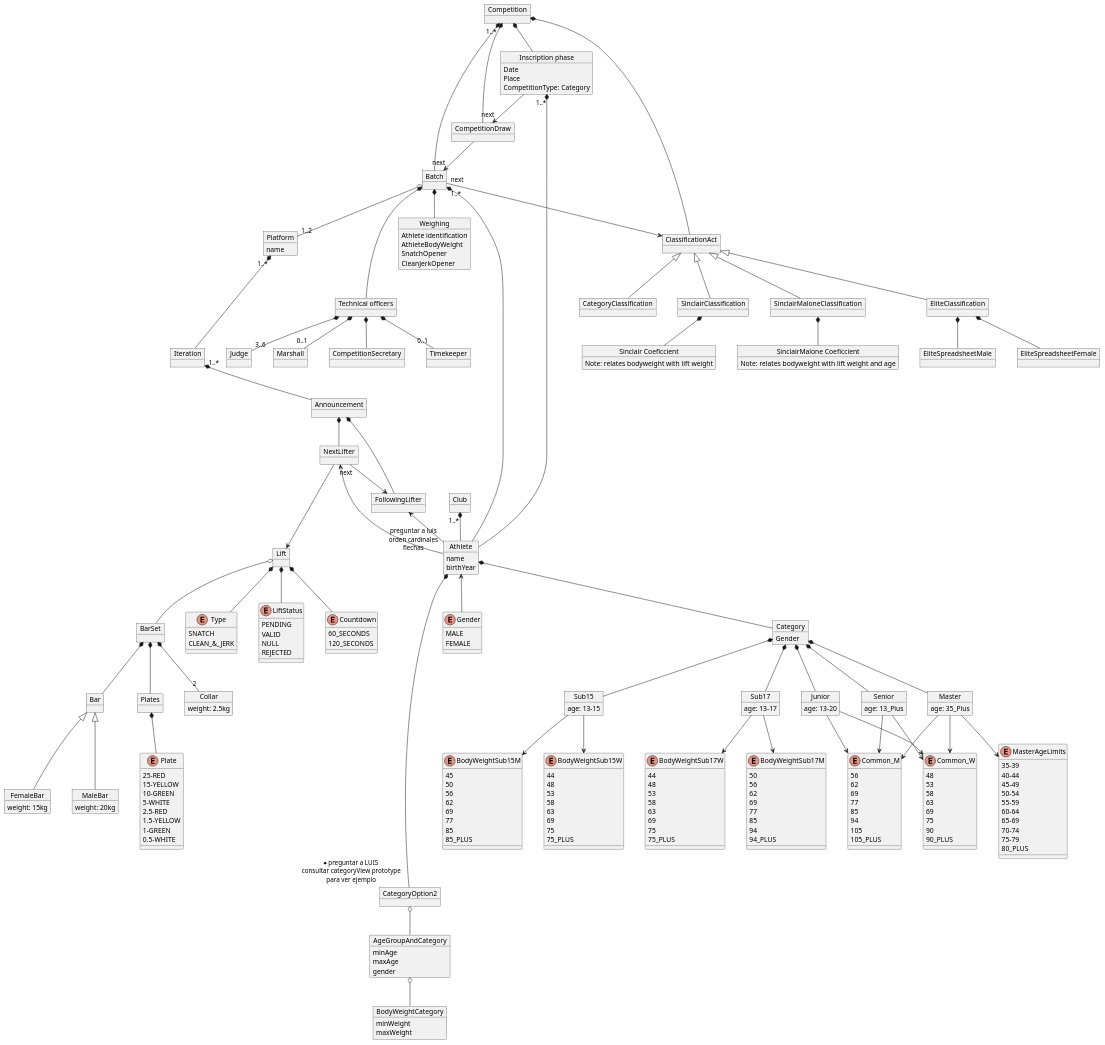
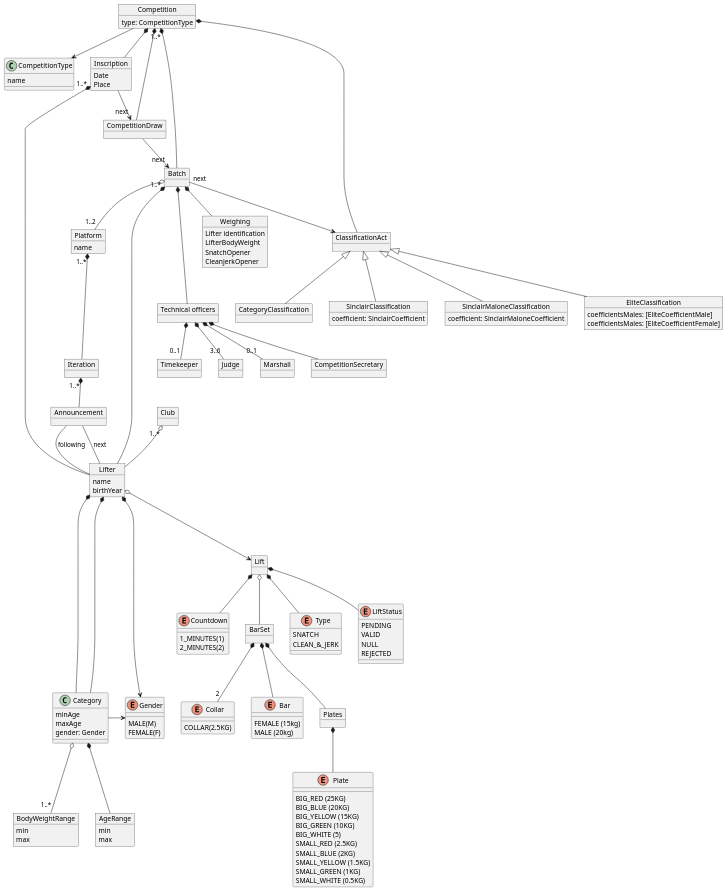
The diagram in diagrams/modelDomain/competitionDomainModel.puml (zuldare/mastercloud_pfm_halterocms), drawn with PlantUML before and after one commit. The commit also changed 4 other files, not shown here.

```diff
--- a/diagrams/modelDomain/competitionDomainModel.puml
+++ b/diagrams/modelDomain/competitionDomainModel.puml
@@ -1,41 +1,56 @@
 @startuml
-skinparam nodesep 45
-' CONTROLS node horizontal separation
-' skinparam ranksep 60 CONTROLS vertical separation
 
-object Competition
-object "Inscription phase" as Inscription {
+object Competition {
+   type: CompetitionType
+}
+
+class CompetitionType {
+  name
+}
+
+Competition --> CompetitionType
+object "Inscription" as Inscription {
   Date
   Place
-  CompetitionType: Category
 }
+
 object CompetitionDraw
 object Batch
 object Weighing {
-  Athlete identification
-  AthleteBodyWeight
+  Lifter identification
+  LifterBodyWeight
   SnatchOpener
   CleanJerkOpener
 }
 object ClassificationAct
 object CategoryClassification
-object SinclairClassification
-object SinclairMaloneClassification
-object EliteClassification
-object EliteSpreadsheetMale
-object EliteSpreadsheetFemale
+object SinclairClassification {
+  coefficient: SinclairCoefficient
+}
+object SinclairMaloneClassification {
+  coefficient: SinclairMaloneCoefficient
+}
+object EliteClassification {
+  coefficientsMales: [EliteCoefficientMale]
+  coefficientsMales: [EliteCoefficientFemale]
+}
+
 object Platform {
   name
 }
+
 object Club
-object Athlete {
+
+object Lifter {
   name
   birthYear
 }
+
 enum Gender {
-  MALE
-  FEMALE
+  MALE(M)
+  FEMALE(F)
 }
+
 object "Technical officers" as TC
 object Judge
 object Marshall
@@ -53,152 +68,41 @@
   REJECTED
 }
 enum Countdown {
-  60_SECONDS
-  120_SECONDS
+  1_MINUTES(1)
+  2_MINUTES(2)
 }
 object BarSet
-object Bar
-object FemaleBar {
-  weight: 15kg
-}
-object MaleBar {
-  weight: 20kg
-}
-object Plates
-enum Plate {
-  25-RED
-  15-YELLOW
-  10-GREEN
-  5-WHITE
-  2.5-RED
-  1.5-YELLOW
-  1-GREEN
-  0.5-WHITE
-}
-object Collar {
-  weight: 2.5kg
-}
-
-object Category {
-  Gender
+enum Bar {
+  FEMALE (15kg)
+  MALE (20kg)
 }
 
 
-object Junior {
-  age: 13-20
+object Plates
+enum Plate {
+  BIG_RED (25KG)
+  BIG_BLUE (20KG)
+  BIG_YELLOW (15KG)
+  BIG_GREEN (10KG)
+  BIG_WHITE (5)
+  SMALL_RED (2.5KG)
+  SMALL_BLUE (2KG)
+  SMALL_YELLOW (1.5KG)
+  SMALL_GREEN (1KG)
+  SMALL_WHITE (0.5KG)
 }
 
-object Senior {
-  age: 13_Plus
-}
-
-object Master {
-  age: 35_Plus
-}
-
-
-object Sub15 {
-   age: 13-15
-}
-
-
-object Sub17 {
-   age: 13-17
-}
-
-
-
-
-enum BodyWeightSub15W {
- 44
- 48
- 53
- 58
- 63
- 69
- 75
- 75_PLUS
-}
-
-enum BodyWeightSub15M {
-  45
-  50
-  56
-  62
-  69
-  77
-  85
-  85_PLUS
- }
-
-
-
-enum BodyWeightSub17M {
-  50
-  56
-  62
-  69
-  77
-  85
-  94
-  94_PLUS
-}
-
-enum BodyWeightSub17W {
- 44
- 48
- 53
- 58
- 63
- 69
- 75
- 75_PLUS
-}
-
-enum Common_M {
-56
-62
-69
-77
-85
-94
-105
-105_PLUS
-}
-
-enum Common_W {
-48
-53
-58
-63
-69
-75
-90
-90_PLUS
-}
-
-enum MasterAgeLimits {
-  35-39
-  40-44
-  45-49
-  50-54
-  55-59
-  60-64
-  65-69
-  70-74
-  75-79
-  80_PLUS
+enum Collar {
+  COLLAR(2.5KG)
 }
 
 object Iteration
 object Announcement
-object NextLifter
-object FollowingLifter
 
 Competition *-- Inscription
-Inscription "1..*"  *-- Athlete
-Athlete <-- Gender
-Club "1..*" *-- Athlete
+Inscription "1..*"  *-- Lifter
+Lifter *--> Gender
+Club "1..*" o-- Lifter
 Competition *-- CompetitionDraw
 Competition "1..*" *--  Batch
 Competition *-- ClassificationAct
@@ -206,20 +110,7 @@
 ClassificationAct <|-- SinclairClassification
 ClassificationAct <|-- SinclairMaloneClassification
 ClassificationAct <|-- EliteClassification
-EliteClassification *-- EliteSpreadsheetMale
-EliteClassification *-- EliteSpreadsheetFemale
 
-
-object "Sinclair Coeficcient" as sc {
-  Note: relates bodyweight with lift weight
-}
-
-object "SinclairMalone Coeficcient" as scm {
-  Note: relates bodyweight with lift weight and age
-}
-
-SinclairClassification *-- sc
-SinclairMaloneClassification *-- scm
 
 Batch "next" --> ClassificationAct
 Inscription --> "next" CompetitionDraw
@@ -227,7 +118,7 @@
 
 Batch *-- Weighing
 Batch o-- "1..2" Platform
-Batch "1..*" *---  Athlete
+Batch "1..*" *---  Lifter
 Batch *--- TC
 
 TC *-- "3..6" Judge
@@ -237,12 +128,11 @@
 
 Platform "1..*" *---  Iteration
 Iteration "1..*" *--  Announcement
-Announcement *-- NextLifter
-Announcement *-- FollowingLifter
-NextLifter "next" --> FollowingLifter
-NextLifter ---> Lift
-NextLifter <-- "preguntar a luis\n orden cardinales \nflechas" Athlete
-FollowingLifter <-- Athlete
+Announcement -- Lifter : next
+Announcement -- Lifter : following
+
+Lifter o---> Lift
+
 
 Lift *-- Type
 Lift *-- LiftStatus
@@ -251,47 +141,37 @@
 BarSet *-- Bar
 BarSet *-- Plates
 BarSet *-- "2" Collar
-Bar <|-- FemaleBar
-Bar <|-- MaleBar
 Plates *-- Plate
 
-Category *-- Sub15
-Category *-- Sub17
-Category *-- Junior
-Category *-- Senior
-Category *-- Master
-
-Sub15 --> BodyWeightSub15W
-Sub15 --> BodyWeightSub15M
-
-Sub17 --> BodyWeightSub17W
-Sub17 --> BodyWeightSub17M
-
-Junior --> Common_M
-Junior --> Common_W
-
-Senior --> Common_M
-Senior --> Common_W
-
-Master --> MasterAgeLimits
-Master --> Common_M
-Master --> Common_W
-
-Athlete *-- Category
+Lifter *-- Category
 
 
-object CategoryOption2
-object AgeGroupAndCategory {
+object Category {
   minAge
   maxAge
-  gender
-}
-object BodyWeightCategory {
-  minWeight
-  maxWeight
+  gender: Gender
 }
 
-Athlete *----- "*preguntar a LUIS\n consultar categoryView prototype\n para ver ejemplo" CategoryOption2
-CategoryOption2 o-- AgeGroupAndCategory
-AgeGroupAndCategory o-- BodyWeightCategory
+Category -> Gender
+
+object AgeRange {
+  min
+  max
+}
+
+Category *-- AgeRange
+
+object BodyWeightRange {
+  min
+  max
+}
+
+Lifter *----- Category
+Category o-- "1..*" BodyWeightRange
+
+
+
+
+' 'TODO USAR CLASES EN VEZ DE OBJECTS CUANDO CORRESPONDA
+
 @enduml
```
